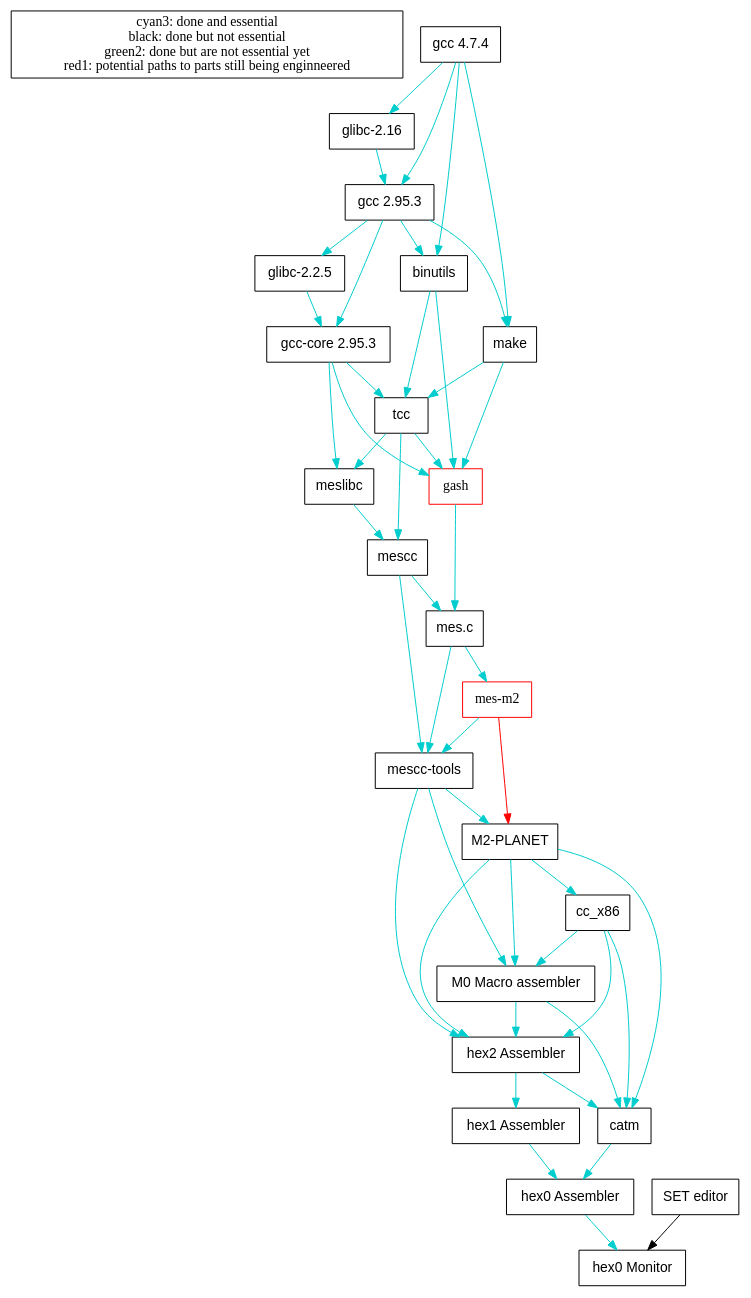
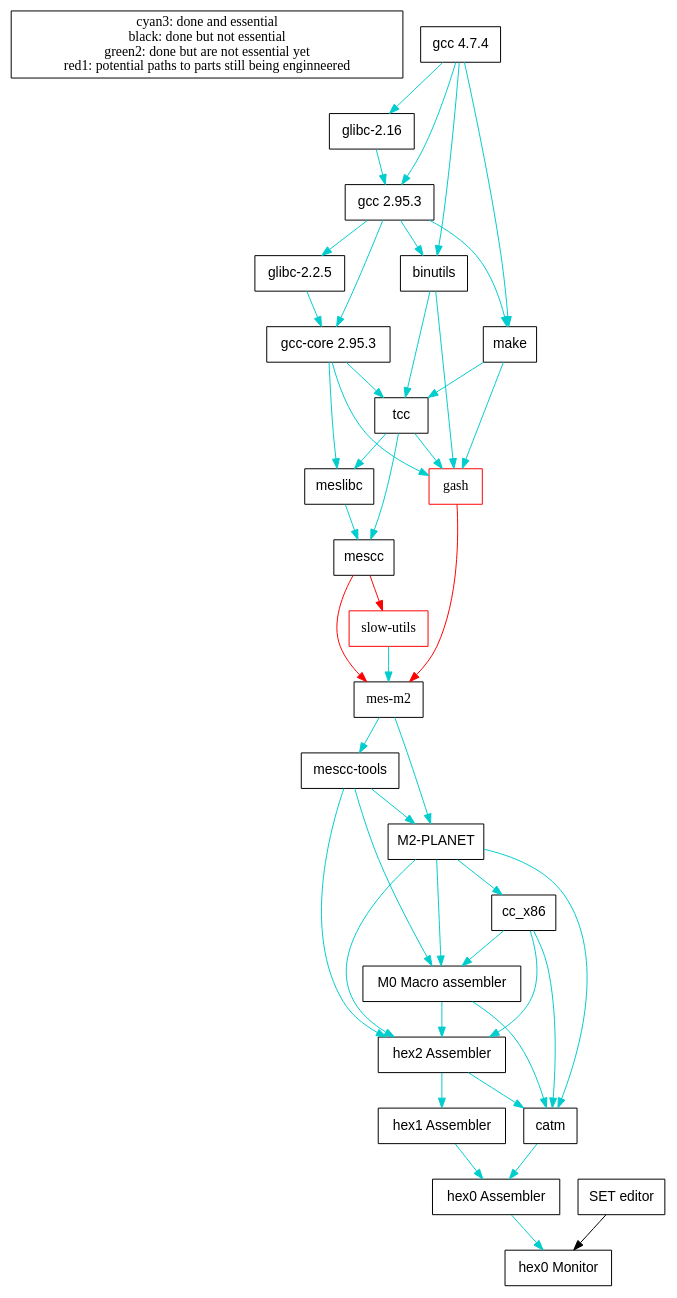
Before and after one commit to oriansj/talk-notes: the diagram in Current bootstrap map.dot, drawn with Graphviz. The commit also changed 2 other files, not shown here.

```diff
--- a/Current bootstrap map.dot
+++ b/Current bootstrap map.dot
@@ -1,75 +1,74 @@
 digraph "Current bootstrap Map" {
 	"NULL"  [label = "cyan3: done and essential\nblack: done but not essential\ngreen2: done but are not essential yet\nred1: potential paths to parts still being enginneered", shape = box];
 
 	"hex0-monitor" [label = "hex0 Monitor", shape = box, fontname = Helvetica];
 	"hex0-assembler" [label = "hex0 Assembler", shape = box, fontname = Helvetica];
 	"hex1-assembler" [label = "hex1 Assembler", shape = box, fontname = Helvetica];
 	"hex2-assembler" [label = "hex2 Assembler", shape = box, fontname = Helvetica];
 	"M0-Macro" [label = "M0 Macro assembler", shape = box, fontname = Helvetica];
 	"cc_x86" [label = "cc_x86", shape = box, fontname = Helvetica];
 	"M2-Planet" [label = "M2-PLANET", shape = box, fontname = Helvetica];
 	"mescc-tools" [label = "mescc-tools", shape = box, fontname = Helvetica];
-	"mes-m2" [label = "mes-m2", color = red, shape = box, fontname = Helventica];
-	"mes.c" [label = "mes.c", shape = box, fontname = Helvetica];
+	"mes-m2" [label = "mes-m2", shape = box, fontname = Helventica];
+	"slow-utils" [label = "slow-utils", color = red, shape = box, fontname = Helventica];
 	"mescc" [label = "mescc", shape = box, fontname = Helvetica];
 	"meslibc" [label = "meslibc", shape = box, fontname = Helvetica];
 	"gash" [label = "gash", color = red, shape = box, fontname = Helventica];
 	"tcc" [label = "tcc", shape = box, fontname = Helvetica];
 	"gcc-core 2.95.3" [label = "gcc-core 2.95.3", shape = box, fontname = Helvetica];
 	"make" [label = "make", shape = box, fontname = Helvetica];
 	"binutils" [label = "binutils", shape = box, fontname = Helvetica];
 	"glibc-2.2.5" [label = "glibc-2.2.5", shape = box, fontname = Helvetica];
 	"glibc-2.16" [label = "glibc-2.16", shape = box, fontname = Helvetica];
 	"gcc 2.95.3" [label = "gcc 2.95.3", shape = box, fontname = Helvetica];
 	"gcc 4.7.4" [label = "gcc 4.7.4", shape = box, fontname = Helvetica];
 
 	"catm" [label = "catm", shape = box, fontname = Helvetica];
 	"SET" [label = "SET editor", shape = box, fontname = Helvetica];
 
 	"M0-Macro" -> "catm" [color = cyan3];
 	"M0-Macro" -> "hex2-assembler" [color = cyan3];
 	"SET" -> "hex0-monitor" [color = black];
 	"catm" -> "hex0-assembler" [color = cyan3];
 	"cc_x86" -> "M0-Macro" [color = cyan3];
 	"cc_x86" -> "catm" [color = cyan3];
 	"cc_x86" -> "hex2-assembler" [color = cyan3];
 	"hex0-assembler" -> "hex0-monitor" [color = cyan3];
 	"hex1-assembler" -> "hex0-assembler" [color = cyan3];
 	"hex2-assembler" -> "catm" [color = cyan3];
 	"hex2-assembler" -> "hex1-assembler" [color = cyan3];
 	"M2-Planet" -> "cc_x86" [color = cyan3];
 	"M2-Planet" -> "catm" [color = cyan3];
 	"M2-Planet" -> "M0-Macro" [color = cyan3];
 	"M2-Planet" -> "hex2-assembler" [color = cyan3];
-	"mes-m2" -> "M2-Planet" [color = red1];
+	"mes-m2" -> "M2-Planet" [color = cyan3];
 	"mes-m2" -> "mescc-tools" [color = cyan3];
 	"mescc-tools" -> "M0-Macro" [color = cyan3];
 	"mescc-tools" -> "hex2-assembler" [color = cyan3];
 	"mescc-tools" -> "M2-Planet" [color = cyan3];
-	"mes.c" -> "mes-m2" [color = cyan3];
-	"mes.c" -> "mescc-tools" [color = cyan3];
-	"mescc" -> "mes.c" [color = cyan3];
-	"mescc" -> "mescc-tools" [color = cyan3];
-	"gash" -> "mes.c" [color = cyan3];
+	"mescc" -> "mes-m2" [color = red1];
+	"slow-utils" -> "mes-m2" [color = cyan3];
+	"mescc" -> "slow-utils" [color = red1];
+	"gash" -> "mes-m2" [color = red1];
 	"tcc" -> "gash" [color = cyan3];
 	"tcc" -> "mescc" [color = cyan3];
 	"meslibc" -> "mescc" [color = cyan3];
 	"tcc" -> "meslibc" [color = cyan3];
 	"gcc-core 2.95.3" -> "tcc" [color = cyan3];
 	"make" -> "tcc" [color = cyan3];
 	"binutils" -> "tcc" [color = cyan3];
 	"gcc-core 2.95.3" -> "gash" [color = cyan3];
 	"binutils" -> "gash" [color = cyan3];
 	"make" -> "gash" [color = cyan3];
 	"gcc-core 2.95.3" -> "meslibc" [color = cyan3];
 	"glibc-2.2.5" -> "gcc-core 2.95.3" [color = cyan3];
 	"gcc 2.95.3" -> "gcc-core 2.95.3" [color = cyan3];
 	"gcc 2.95.3" -> "make" [color = cyan3];
 	"gcc 2.95.3" -> "binutils" [color = cyan3];
 	"gcc 4.7.4" -> "make" [color = cyan3];
 	"gcc 4.7.4" -> "binutils" [color = cyan3];
 	"gcc 2.95.3" -> "glibc-2.2.5" [color = cyan3];
 	"glibc-2.16" -> "gcc 2.95.3" [color = cyan3];
 	"gcc 4.7.4" -> "gcc 2.95.3" [color = cyan3];
 	"gcc 4.7.4" -> "glibc-2.16" [color = cyan3];
 }
```
